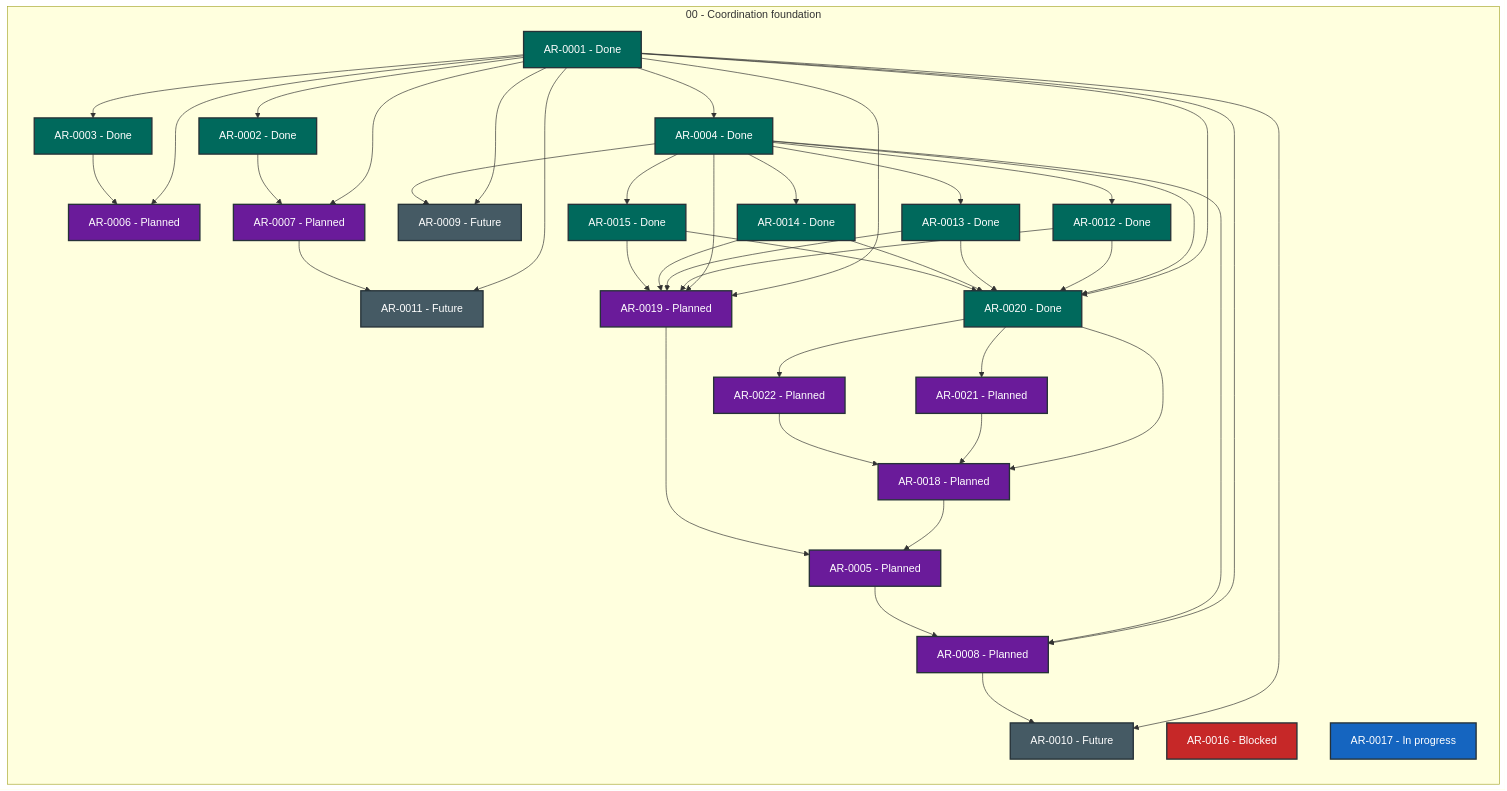
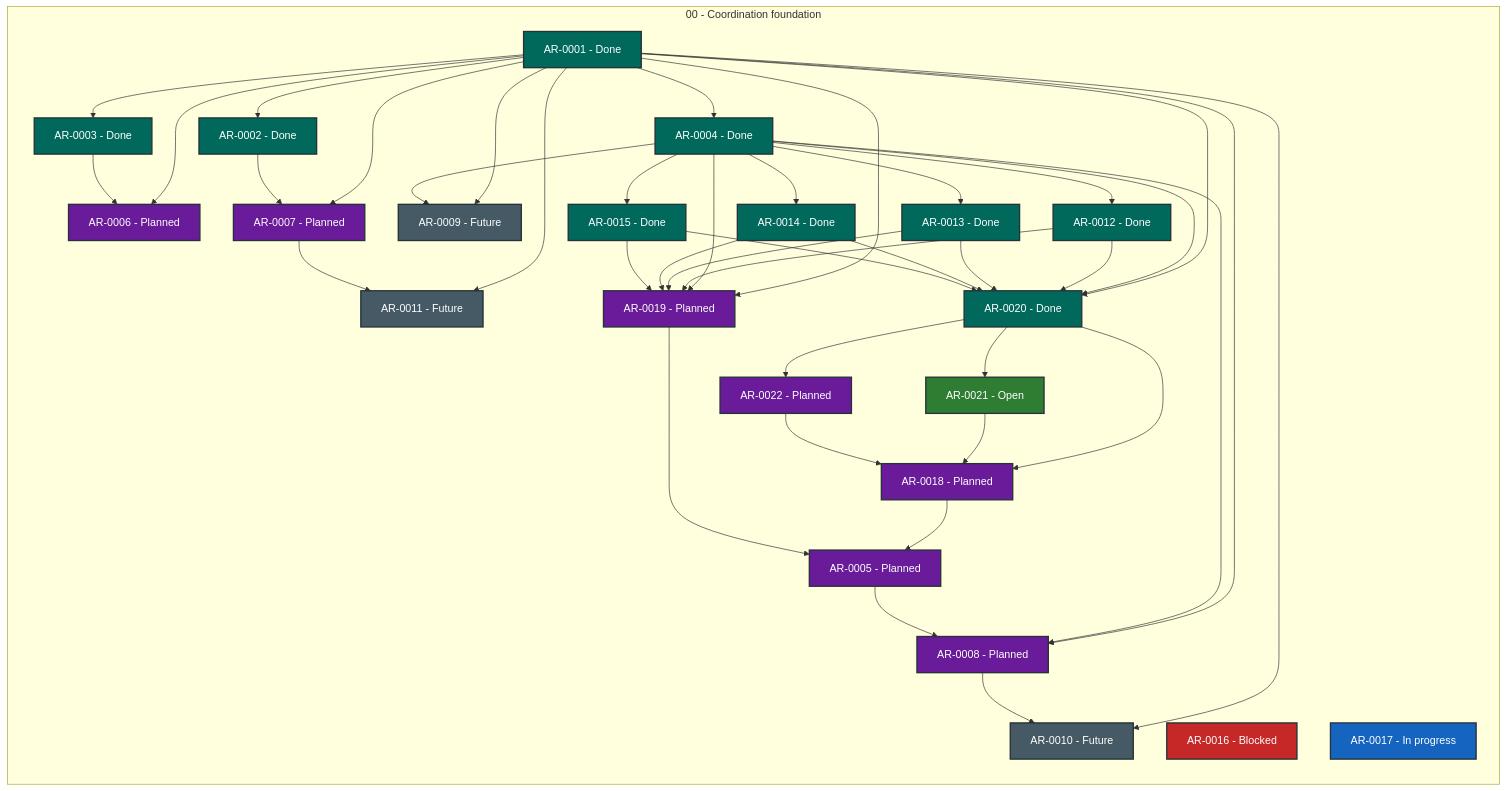
The diagram in STATUS.md (martin-beck/agent-workflow-quality-state), drawn with Mermaid before and after one commit. The commit also changed other lines of this file and 2 other files, not shown here.

````diff
--- a/STATUS.md
+++ b/STATUS.md
@@ -27,75 +27,75 @@
 ```mermaid
 flowchart LR
     subgraph series_00["00 - Coordination foundation"]
         direction TB
         AR_0001["AR-0001 - Done"]:::status_done
         AR_0002["AR-0002 - Done"]:::status_done
         AR_0003["AR-0003 - Done"]:::status_done
         AR_0004["AR-0004 - Done"]:::status_done
         AR_0005["AR-0005 - Planned"]:::status_planned
         AR_0006["AR-0006 - Planned"]:::status_planned
         AR_0007["AR-0007 - Planned"]:::status_planned
         AR_0008["AR-0008 - Planned"]:::status_planned
         AR_0009["AR-0009 - Future"]:::status_future
         AR_0010["AR-0010 - Future"]:::status_future
         AR_0011["AR-0011 - Future"]:::status_future
         AR_0012["AR-0012 - Done"]:::status_done
         AR_0013["AR-0013 - Done"]:::status_done
         AR_0014["AR-0014 - Done"]:::status_done
         AR_0015["AR-0015 - Done"]:::status_done
         AR_0016["AR-0016 - Blocked"]:::status_blocked
         AR_0017["AR-0017 - In progress"]:::status_in_progress
         AR_0018["AR-0018 - Planned"]:::status_planned
         AR_0019["AR-0019 - Planned"]:::status_planned
         AR_0020["AR-0020 - Done"]:::status_done
-        AR_0021["AR-0021 - Planned"]:::status_planned
+        AR_0021["AR-0021 - Open"]:::status_open
         AR_0022["AR-0022 - Planned"]:::status_planned
     end
     AR_0001 --> AR_0002
     AR_0001 --> AR_0003
     AR_0001 --> AR_0004
     AR_0001 --> AR_0006
     AR_0001 --> AR_0007
     AR_0001 --> AR_0008
     AR_0001 --> AR_0009
     AR_0001 --> AR_0010
     AR_0001 --> AR_0011
     AR_0001 --> AR_0019
     AR_0001 --> AR_0020
     AR_0002 --> AR_0007
     AR_0003 --> AR_0006
     AR_0004 --> AR_0008
     AR_0004 --> AR_0009
     AR_0004 --> AR_0012
     AR_0004 --> AR_0013
     AR_0004 --> AR_0014
     AR_0004 --> AR_0015
     AR_0004 --> AR_0019
     AR_0004 --> AR_0020
     AR_0005 --> AR_0008
     AR_0007 --> AR_0011
     AR_0008 --> AR_0010
     AR_0012 --> AR_0019
     AR_0012 --> AR_0020
     AR_0013 --> AR_0019
     AR_0013 --> AR_0020
     AR_0014 --> AR_0019
     AR_0014 --> AR_0020
     AR_0015 --> AR_0019
     AR_0015 --> AR_0020
     AR_0018 --> AR_0005
     AR_0019 --> AR_0005
     AR_0020 --> AR_0018
     AR_0020 --> AR_0021
     AR_0020 --> AR_0022
     AR_0021 --> AR_0018
     AR_0022 --> AR_0018
     classDef status_in_progress fill:#1565c0,color:#ffffff,stroke:#263238,stroke-width:2px
     classDef status_open fill:#2e7d32,color:#ffffff,stroke:#263238,stroke-width:2px
     classDef status_blocked fill:#c62828,color:#ffffff,stroke:#263238,stroke-width:2px
     classDef status_planned fill:#6a1b9a,color:#ffffff,stroke:#263238,stroke-width:2px
     classDef status_future fill:#455a64,color:#ffffff,stroke:#263238,stroke-width:2px
     classDef status_done fill:#00695c,color:#ffffff,stroke:#263238,stroke-width:2px
     classDef status_cancelled fill:#616161,color:#ffffff,stroke:#263238,stroke-width:2px
     classDef status_superseded fill:#5d4037,color:#ffffff,stroke:#263238,stroke-width:2px
 ```
````
